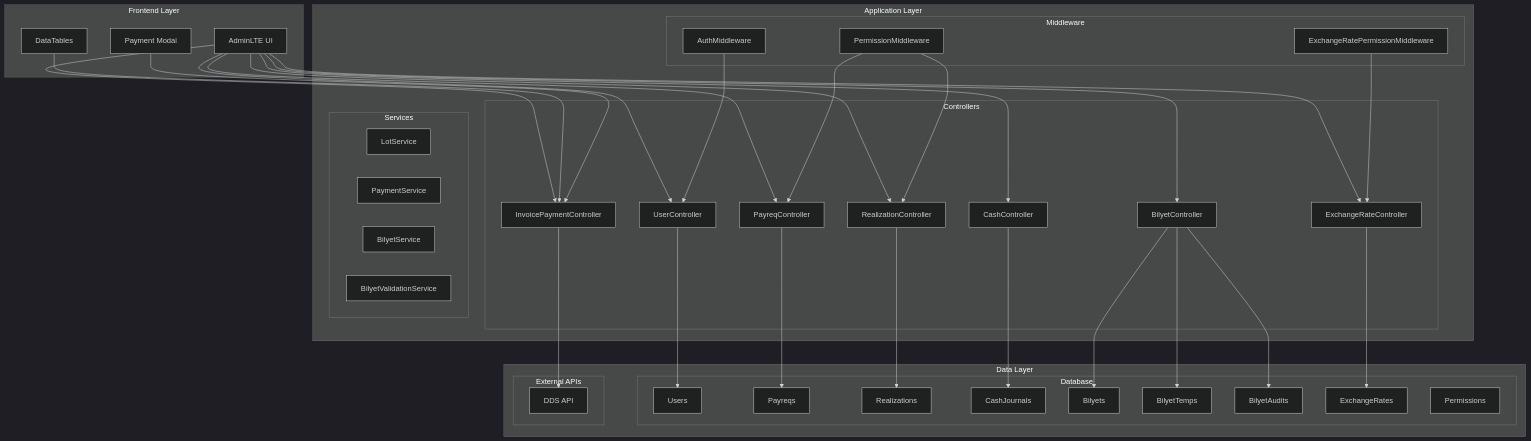
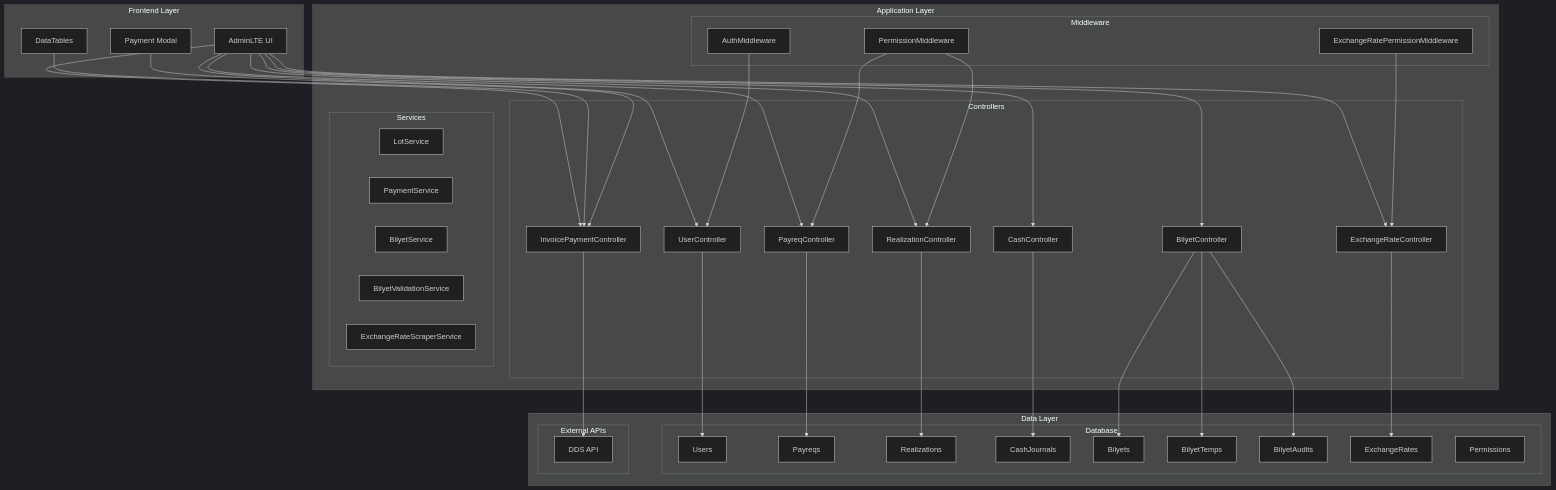
The first of 4 diagrams in docs/architecture.md (rachmanj/payreq-x-v3), drawn with Mermaid (dark theme) before and after one commit. The commit also changed other lines of this file and 10 other files, not shown here.

First line of the commit message:
Implement Exchange Rate Automation System with Web Scraping and Scheduled Updates

````diff
--- a/docs/architecture.md
+++ b/docs/architecture.md
@@ -104,78 +104,79 @@
 ```mermaid
 graph TB
     subgraph "Frontend Layer"
         UI[AdminLTE UI]
         DT[DataTables]
         Modal[Payment Modal]
     end
 
     subgraph "Application Layer"
         subgraph "Controllers"
             UserController
             PayreqController
             RealizationController
             CashController
             BilyetController
             InvoicePaymentController
             ExchangeRateController
         end
 
         subgraph "Services"
             LotService
             PaymentService
             BilyetService
             BilyetValidationService
+            ExchangeRateScraperService
         end
 
         subgraph "Middleware"
             AuthMiddleware
             PermissionMiddleware
             ExchangeRatePermissionMiddleware
         end
     end
 
     subgraph "Data Layer"
         subgraph "Database"
             Users
             Payreqs
             Realizations
             CashJournals
             Bilyets
             BilyetTemps
             BilyetAudits
             ExchangeRates
             Permissions
         end
 
         subgraph "External APIs"
             DDS_API[DDS API]
         end
     end
 
     UI --> UserController
     UI --> PayreqController
     UI --> RealizationController
     UI --> CashController
     UI --> BilyetController
     UI --> InvoicePaymentController
     UI --> ExchangeRateController
 
     DT --> InvoicePaymentController
     Modal --> InvoicePaymentController
 
     InvoicePaymentController --> DDS_API
     ExchangeRateController --> ExchangeRates
 
     UserController --> Users
     PayreqController --> Payreqs
     RealizationController --> Realizations
     CashController --> CashJournals
     BilyetController --> Bilyets
     BilyetController --> BilyetTemps
     BilyetController --> BilyetAudits
 
     AuthMiddleware --> UserController
     PermissionMiddleware --> PayreqController
     PermissionMiddleware --> RealizationController
     ExchangeRatePermissionMiddleware --> ExchangeRateController
 ```
````
